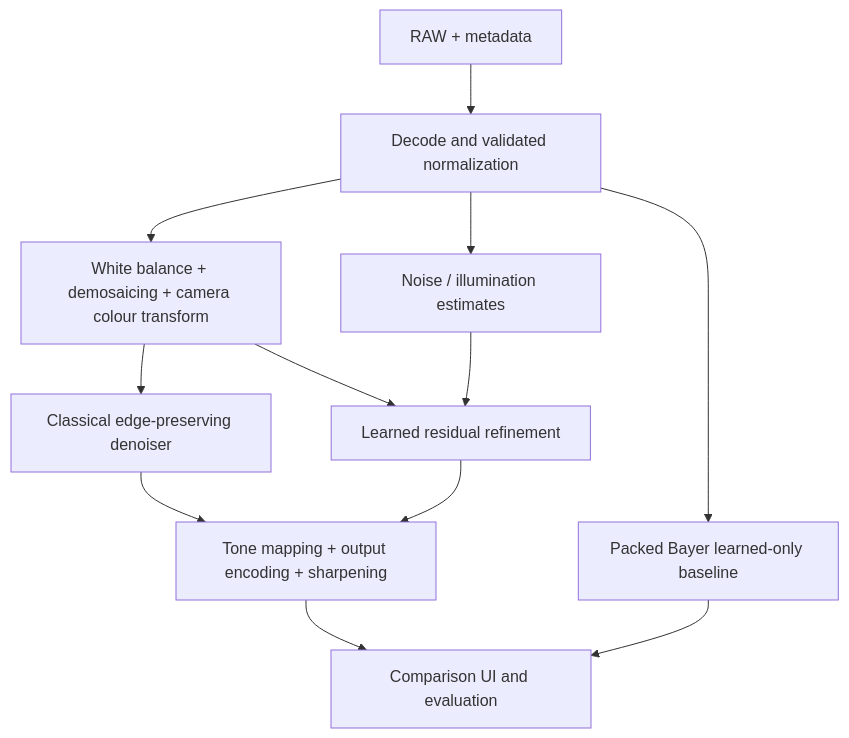
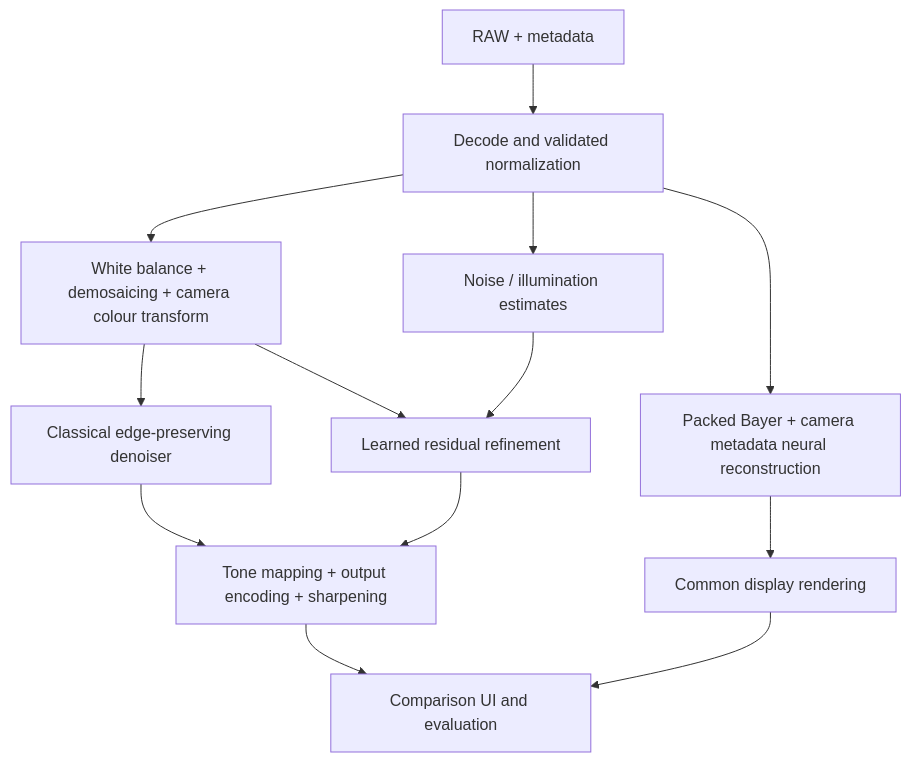
One commit to Hey-Ritik/PrismRAW changed the diagram in docs/architecture.md. Above: the diagram before and after it, drawn with Mermaid. The commit also changed other lines of this file and 19 other files, not shown here.

Commit message:
Add learned RAW-to-RGB baseline and expanded three-way pilot

````diff
--- a/docs/architecture.md
+++ b/docs/architecture.md
@@ -5,14 +5,15 @@
 ```mermaid
 flowchart TD
     A[RAW + metadata] --> B[Decode and validated normalization]
     B --> C[Noise / illumination estimates]
     B --> D[White balance + demosaicing + camera colour transform]
     D --> E[Classical edge-preserving denoiser]
     D --> F[Learned residual refinement]
     C --> F
     E --> G[Tone mapping + output encoding + sharpening]
     F --> G
-    B --> H[Packed Bayer learned-only baseline]
+    B --> H[Packed Bayer + camera metadata neural reconstruction]
+    H --> J[Common display rendering]
     G --> I[Comparison UI and evaluation]
-    H --> I
+    J --> I
 ```
````
